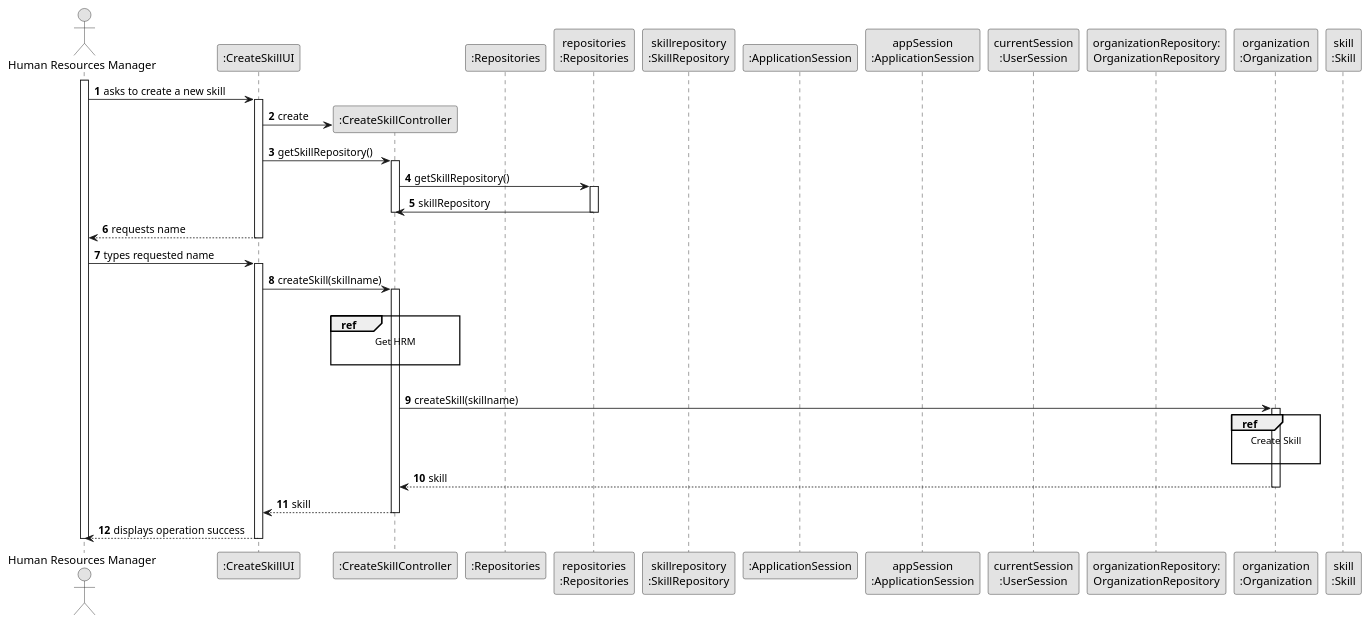
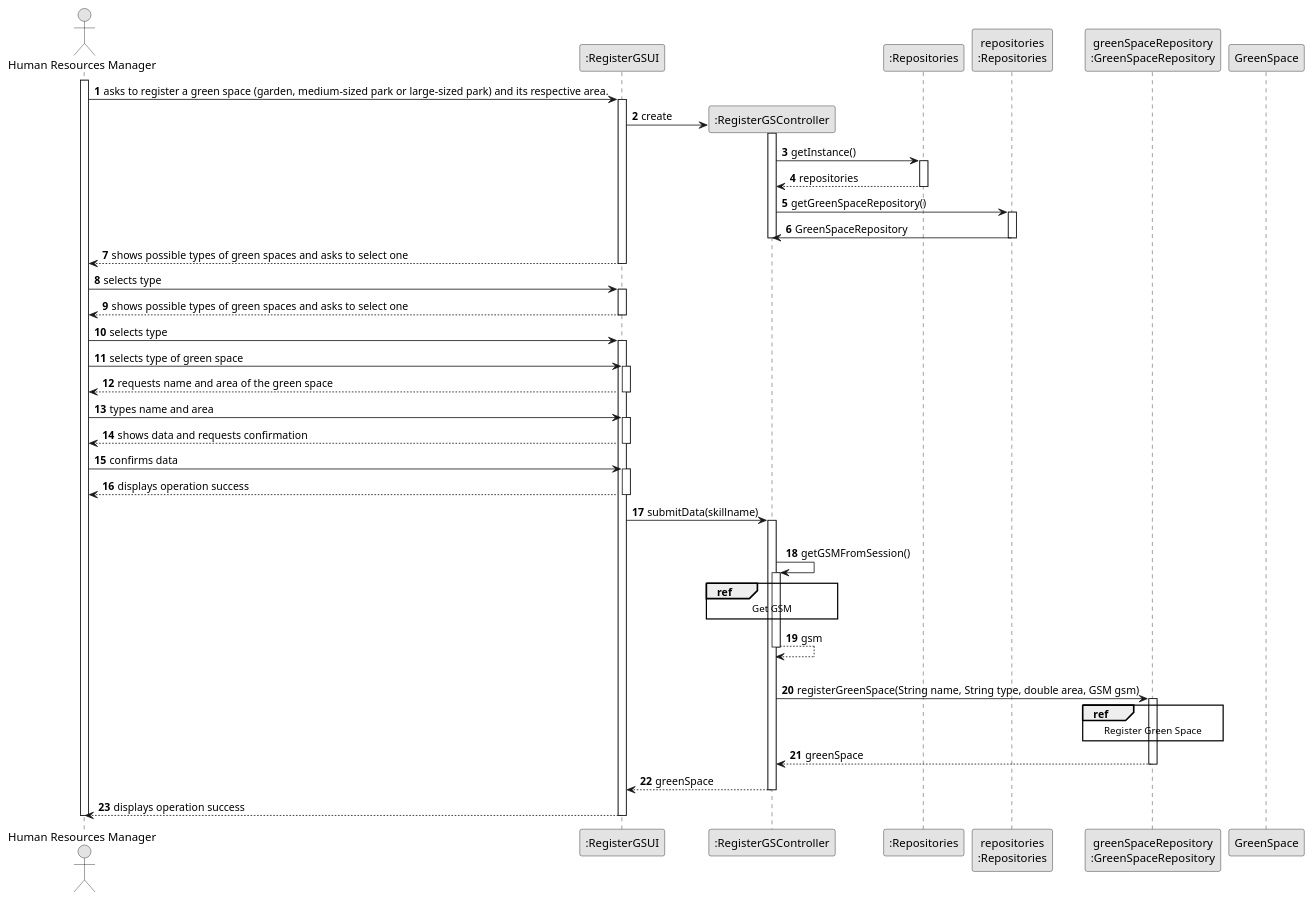
The diagram in docs/sprint3/us020/03.design/puml/us001-sequence-diagram-split.puml (tiagosoa/lei-24-s2-1dgh-g073), drawn with PlantUML before and after one commit. The commit also changed 18 other files, not shown here.

```diff
--- a/docs/sprint3/us020/03.design/puml/us001-sequence-diagram-split.puml
+++ b/docs/sprint3/us020/03.design/puml/us001-sequence-diagram-split.puml
@@ -1,76 +1,106 @@
 @startuml
 skinparam monochrome true
 skinparam packageStyle rectangle
 skinparam shadowing false
 
 autonumber
 
 'hide footbox
 actor "Human Resources Manager" as ADM
-participant ":CreateSkillUI" as UI
-participant ":CreateSkillController" as CTRL
+participant ":RegisterGSUI" as UI
+participant ":RegisterGSController" as CTRL
 participant ":Repositories" as RepositorySingleton
 participant "repositories\n:Repositories" as PLAT
-participant "skillrepository\n:SkillRepository" as SR
-participant ":ApplicationSession" as _APP
-participant "appSession\n:ApplicationSession" as APP
-participant "currentSession\n:UserSession" as SESSAO
-participant "organizationRepository:\nOrganizationRepository" as OrganizationRepository
-participant "organization\n:Organization" as ORG
-participant "skill\n:Skill" as HABILIDADE
+participant "greenSpaceRepository\n:GreenSpaceRepository" as GSR
+participant "GreenSpace" as HABILIDADE
 
 activate ADM
 
-        ADM -> UI : asks to create a new skill
+        ADM -> UI : asks to register a green space (garden, medium-sized park or large-sized park) and its respective area.
 
         activate UI
 
 '            UI --> ADM : requests data (name)
             'create CTRL
             UI -> CTRL** : create
 
-         UI -> CTRL : getSkillRepository()
-         activate CTRL
+            activate CTRL
 
-                 CTRL -> PLAT : getSkillRepository()
-                         activate PLAT
+                        CTRL -> RepositorySingleton : getInstance()
+                                        activate RepositorySingleton
 
-                     PLAT -> CTRL : skillRepository
-                     deactivate PLAT
-    deactivate CTRL
-    UI --> ADM : requests name
+                                            RepositorySingleton --> CTRL: repositories
+                                        deactivate RepositorySingleton
+
+                             CTRL -> PLAT : getGreenSpaceRepository()
+                                     activate PLAT
+
+                                 PLAT -> CTRL : GreenSpaceRepository
+                                 deactivate PLAT
+                                 deactivate CTRL
+
+
+    UI --> ADM : shows possible types of green spaces and asks to select one
     deactivate UI
 
-    ADM -> UI : types requested name
+    ADM -> UI : selects type
     activate UI
 
-        UI -> CTRL : createSkill(skillname)
+    UI --> ADM : shows possible types of green spaces and asks to select one
+    deactivate UI
+
+        ADM -> UI : selects type
+        activate UI
+            ADM -> UI : selects type of green space
+            activate UI
+
+            UI --> ADM : requests name and area of the green space
+            deactivate UI
+
+            ADM -> UI : types name and area
+            activate UI
+
+            UI --> ADM : shows data and requests confirmation
+            deactivate UI
+
+            ADM -> UI : confirms data
+            activate UI
+
+            UI --> ADM : displays operation success
+            deactivate UI
+
+
+        UI -> CTRL : submitData(skillname)
         activate CTRL
 
             |||
-                                ref over CTRL
-                                    Get HRM
+            CTRL -> CTRL : getGSMFromSession()
+            activate CTRL
 
-                                end ref
+            ref over CTRL
+            Get GSM
+            end
+
+                CTRL --> CTRL : gsm
+            deactivate CTRL
 
             |||
-            CTRL -> ORG: createSkill(skillname)
-            activate ORG
+            CTRL -> GSR: registerGreenSpace(String name, String type, double area, GSM gsm)
+            activate GSR
 
-                                    ref over ORG
-                                        Create Skill
+               ref over GSR
+               Register Green Space
+               end
 
-                                    end ref
+                GSR --> CTRL : greenSpace
 
-                ORG --> CTRL : skill
+            deactivate GSR
 
-            deactivate ORG
-
-            CTRL --> UI: skill
+            CTRL --> UI: greenSpace
             deactivate CTRL
             UI --> ADM: displays operation success
     deactivate UI
 
 deactivate ADM
 
 @enduml
```
